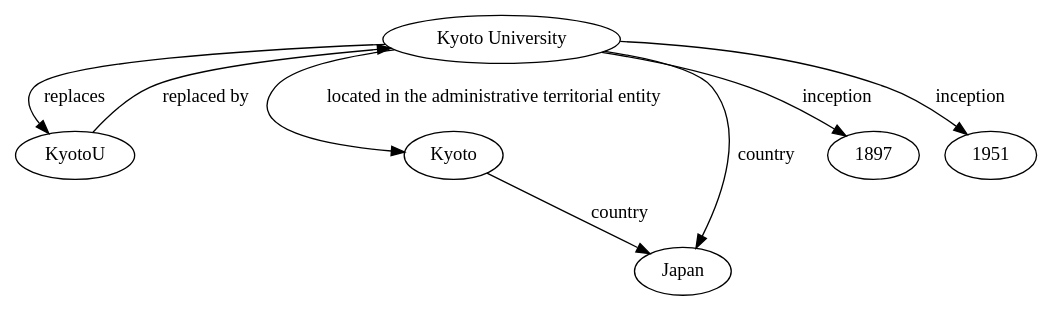
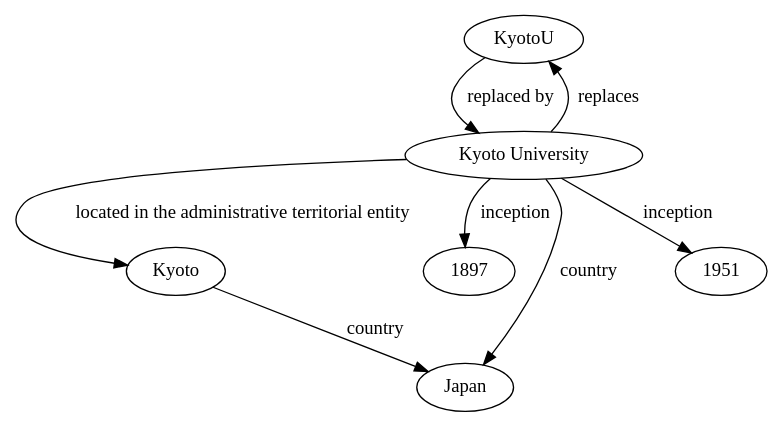
Before and after one commit to N-Shimoda/KG-MCQA: the diagram in param-search/graphs/rebel/sent/6/Kyoto University.dot, drawn with Graphviz. The commit also changed other lines of this file and 67 other files, not shown here.

```diff
--- a/param-search/graphs/rebel/sent/6/Kyoto University.dot
+++ b/param-search/graphs/rebel/sent/6/Kyoto University.dot
@@ -1,18 +1,18 @@
 digraph RDFGraph {
 	// Nodes
-	"Kyoto University";
 	"KyotoU";
 	"Kyoto";
+	"Kyoto University";
+	"1897";
 	"Japan";
-	"1897";
 	"1951";
 
 	// Edges
 	"Kyoto University" -> "Kyoto" [label="located in the administrative territorial entity"];
+	"Kyoto" -> "Japan" [label="country"];
+	"Kyoto University" -> "Japan" [label="country"];
 	"Kyoto University" -> "1897" [label="inception"];
-	"Kyoto University" -> "Japan" [label="country"];
-	"Kyoto" -> "Japan" [label="country"];
 	"Kyoto University" -> "1951" [label="inception"];
 	"KyotoU" -> "Kyoto University" [label="replaced by"];
 	"Kyoto University" -> "KyotoU" [label="replaces"];
 }
```
